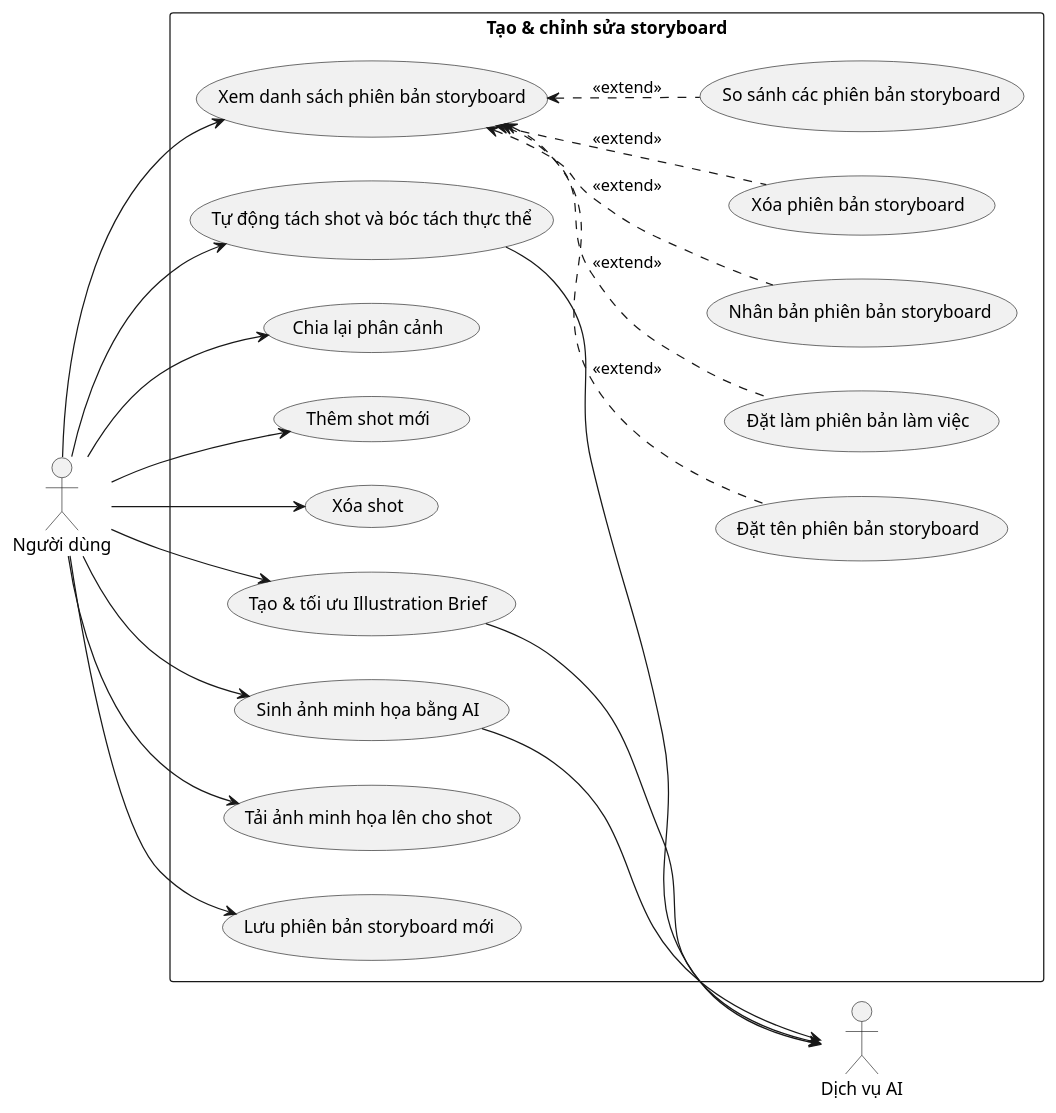
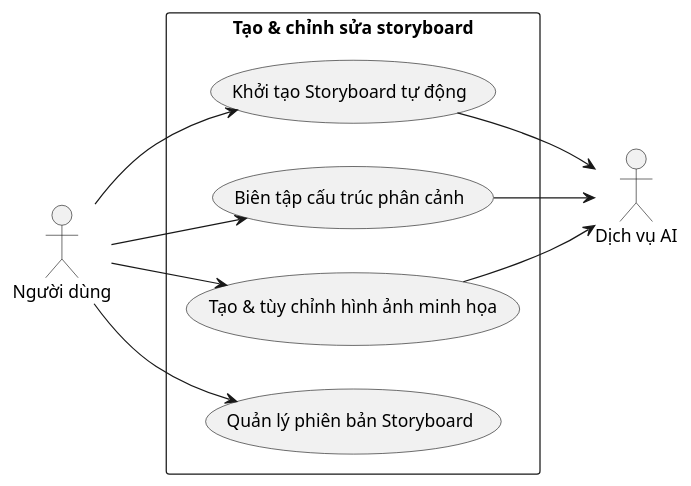
The diagram in docs/bieu-do-uc/tao-va-chinh-sua-storyboard.puml (202416852-anhpv/story2video-docs), drawn with PlantUML before and after one commit. The commit also changed 11 other files, not shown here.

Commit message:
Update use case diagrams: storyboard & dung video

```diff
--- a/docs/bieu-do-uc/tao-va-chinh-sua-storyboard.puml
+++ b/docs/bieu-do-uc/tao-va-chinh-sua-storyboard.puml
@@ -1,44 +1,23 @@
 @startuml tao-va-chinh-sua-storyboard
 left to right direction
 
 actor "Người dùng" as User
 actor "Dịch vụ AI" as AI_Service
 
 rectangle "Tạo & chỉnh sửa storyboard" {
-    usecase "Tự động tách shot và bóc tách thực thể" as UC_01
-    usecase "Chia lại phân cảnh" as UC_02
-    usecase "Thêm shot mới" as UC_03
-    usecase "Xóa shot" as UC_04
-    usecase "Tạo & tối ưu Illustration Brief" as UC_05
-    usecase "Sinh ảnh minh họa bằng AI" as UC_06
-    usecase "Tải ảnh minh họa lên cho shot" as UC_07
-    usecase "Lưu phiên bản storyboard mới" as UC_08
-    usecase "Xem danh sách phiên bản storyboard" as UC_09
-    usecase "Đặt tên phiên bản storyboard" as UC_10
-    usecase "Đặt làm phiên bản làm việc" as UC_11
-    usecase "Nhân bản phiên bản storyboard" as UC_12
-    usecase "Xóa phiên bản storyboard" as UC_13
-    usecase "So sánh các phiên bản storyboard" as UC_14
+    usecase "Khởi tạo Storyboard tự động" as UC_01
+    usecase "Biên tập cấu trúc phân cảnh" as UC_02
+    usecase "Tạo & tùy chỉnh hình ảnh minh họa" as UC_03
+    usecase "Quản lý phiên bản Storyboard" as UC_04
 }
 
 User --> UC_01
 User --> UC_02
 User --> UC_03
 User --> UC_04
-User --> UC_05
-User --> UC_06
-User --> UC_07
-User --> UC_08
-User --> UC_09
 
 UC_01 --> AI_Service
-UC_05 --> AI_Service
-UC_06 --> AI_Service
-
-UC_09 <.. UC_10 : <<extend>>
-UC_09 <.. UC_11 : <<extend>>
-UC_09 <.. UC_12 : <<extend>>
-UC_09 <.. UC_13 : <<extend>>
-UC_09 <.. UC_14 : <<extend>>
+UC_02 --> AI_Service
+UC_03 --> AI_Service
 
 @enduml
```
